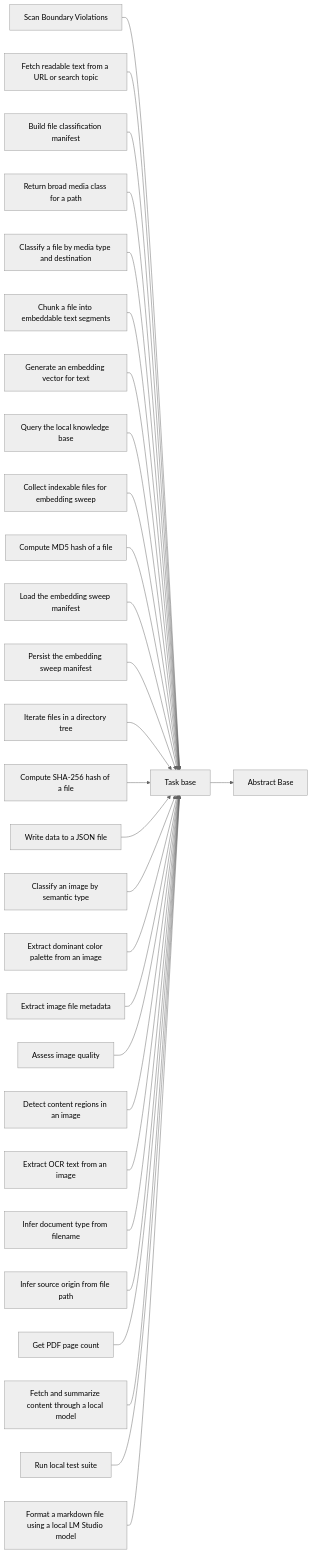
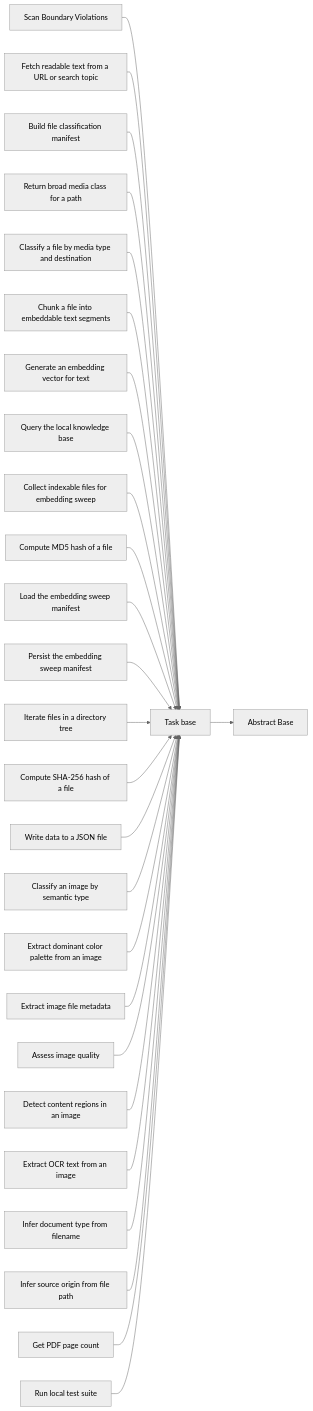
The diagram in 18_docs/task.base.definition.md (kieferwaight/LocalFabric), drawn with Mermaid (neutral theme) before and after one commit. The commit also changed other lines of this file and 389 other files, not shown here.

````diff
--- a/18_docs/task.base.definition.md
+++ b/18_docs/task.base.definition.md
@@ -28,32 +28,30 @@
 ```mermaid
 flowchart LR
   def_task_base["Task base"]
 def_task_base --> def_stdlib_base["Abstract Base"]
 def_audit_boundary_violations_scan_task["Scan Boundary Violations"] --> def_task_base
 def_browser_fetch_text_task["Fetch readable text from a URL or search topic"] --> def_task_base
 def_classify_manifest_build_task["Build file classification manifest"] --> def_task_base
 def_classify_media_class_for_path_task["Return broad media class for a path"] --> def_task_base
 def_classify_media_file_task["Classify a file by media type and destination"] --> def_task_base
 def_embeddings_chunker_chunk_file_task["Chunk a file into embeddable text segments"] --> def_task_base
 def_embeddings_embed_text_task["Generate an embedding vector for text"] --> def_task_base
 def_embeddings_query_search_task["Query the local knowledge base"] --> def_task_base
 def_embeddings_sweep_collect_files_task["Collect indexable files for embedding sweep"] --> def_task_base
 def_embeddings_sweep_file_hash_task["Compute MD5 hash of a file"] --> def_task_base
 def_embeddings_sweep_load_manifest_task["Load the embedding sweep manifest"] --> def_task_base
 def_embeddings_sweep_save_manifest_task["Persist the embedding sweep manifest"] --> def_task_base
 def_files_iter_task["Iterate files in a directory tree"] --> def_task_base
 def_files_sha256_task["Compute SHA-256 hash of a file"] --> def_task_base
 def_files_write_json_task["Write data to a JSON file"] --> def_task_base
 def_image_classify_task["Classify an image by semantic type"] --> def_task_base
 def_image_color_dominant_task["Extract dominant color palette from an image"] --> def_task_base
 def_image_meta_extract_task["Extract image file metadata"] --> def_task_base
 def_image_quality_extract_task["Assess image quality"] --> def_task_base
 def_image_regions_extract_task["Detect content regions in an image"] --> def_task_base
 def_image_text_ocr_extract_task["Extract OCR text from an image"] --> def_task_base
 def_metadata_doc_type_task["Infer document type from filename"] --> def_task_base
 def_metadata_source_guess_task["Infer source origin from file path"] --> def_task_base
 def_pdf_meta_page_count_task["Get PDF page count"] --> def_task_base
-def_research_local_summarize_task["Fetch and summarize content through a local model"] --> def_task_base
 def_shell_tests_run_task["Run local test suite"] --> def_task_base
-def_text_markdown_format_task["Format a markdown file using a local LM Studio model"] --> def_task_base
 ```
````
